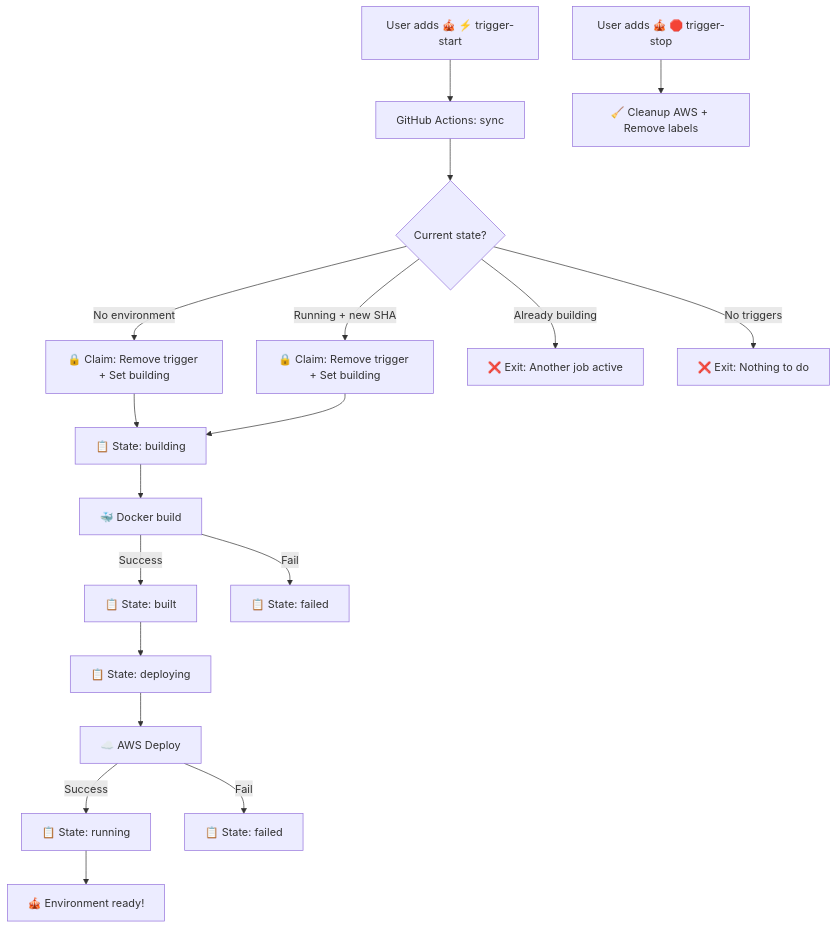
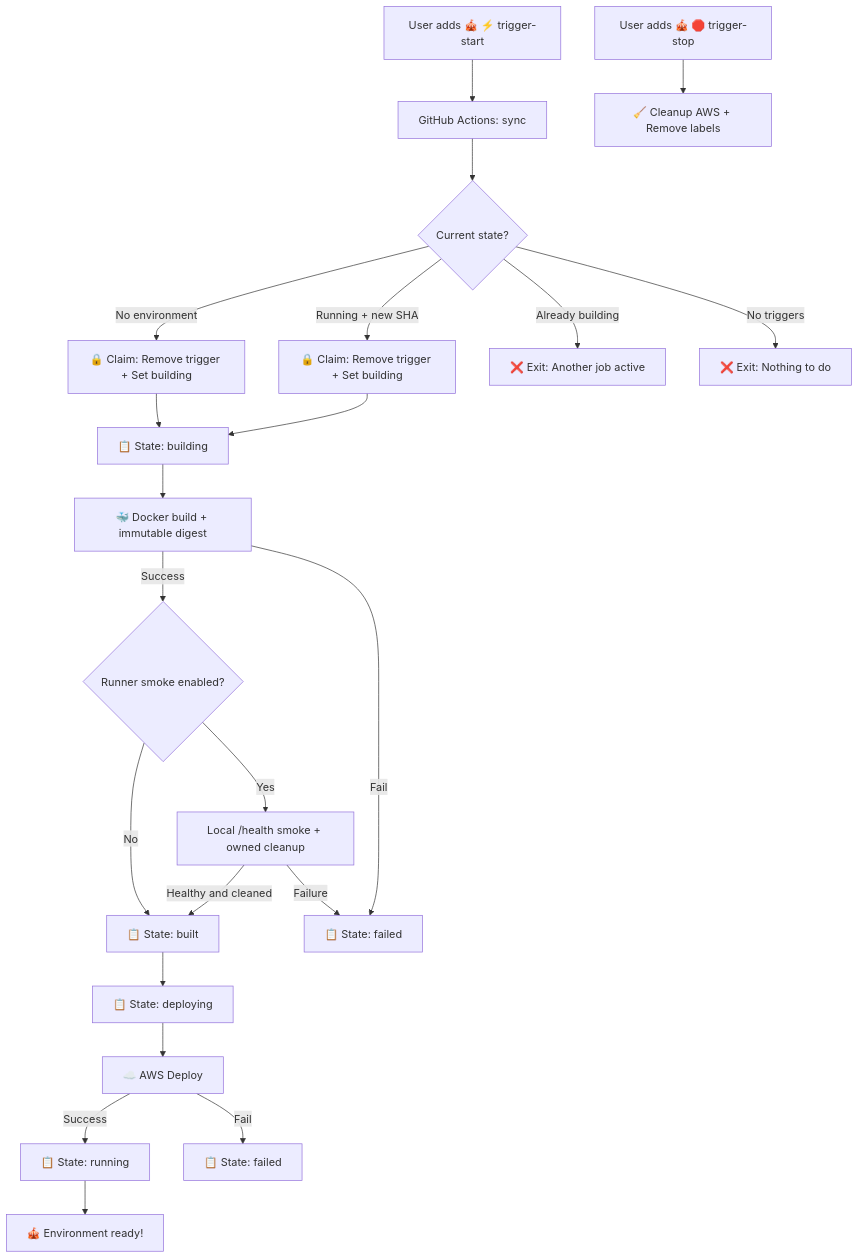
One commit to preset-io/superset-showtime changed the diagram in README.md. Above: the diagram before and after it, drawn with Mermaid. The commit also changed other lines of this file and 24 other files, not shown here.

````diff
--- a/README.md
+++ b/README.md
@@ -53,25 +53,29 @@
 ```mermaid
 flowchart TD
     A[User adds 🎪 ⚡ trigger-start] --> B[GitHub Actions: sync]
     B --> C{Current state?}
 
     C -->|No environment| D[🔒 Claim: Remove trigger + Set building]
     C -->|Running + new SHA| E[🔒 Claim: Remove trigger + Set building]
     C -->|Already building| F[❌ Exit: Another job active]
     C -->|No triggers| G[❌ Exit: Nothing to do]
 
     D --> H[📋 State: building]
     E --> H
-    H --> I[🐳 Docker build]
-    I -->|Success| J[📋 State: built]
+    H --> I[🐳 Docker build + immutable digest]
+    I -->|Success| S{Runner smoke enabled?}
+    S -->|Yes| T[Local /health smoke + owned cleanup]
+    S -->|No| J[📋 State: built]
+    T -->|Healthy and cleaned| J
+    T -->|Failure| K
     I -->|Fail| K[📋 State: failed]
 
     J --> L[📋 State: deploying]
     L --> M[☁️ AWS Deploy]
     M -->|Success| N[📋 State: running]
     M -->|Fail| O[📋 State: failed]
 
     N --> P[🎪 Environment ready!]
 
     Q[User adds 🎪 🛑 trigger-stop] --> R[🧹 Cleanup AWS + Remove labels]
 ```
````
